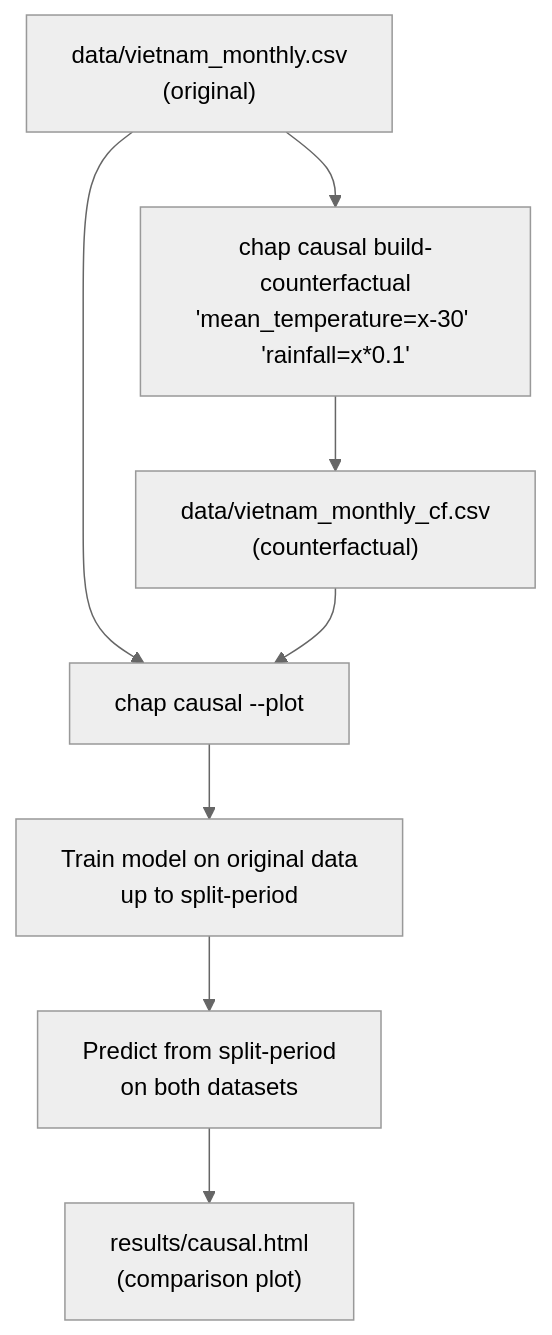
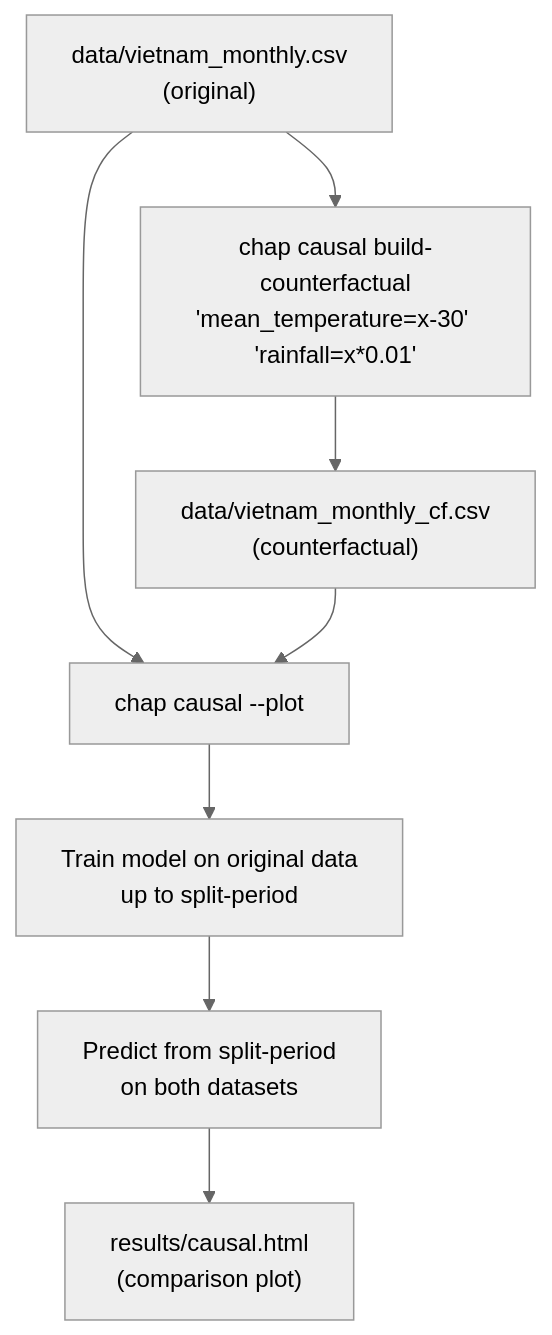
The diagram in README.md (borissim/chap_counterfactual_comparison), drawn with Mermaid (neutral theme) before and after one commit.

Commit message:
Update rainfall coefficient in flowchart

````diff
--- a/README.md
+++ b/README.md
@@ -12,11 +12,11 @@
 ```mermaid
 flowchart TD
     A["data/vietnam_monthly.csv<br/>(original)"]
-    A --> B["chap causal build-counterfactual<br/>'mean_temperature=x-30' 'rainfall=x*0.1'"]
+    A --> B["chap causal build-counterfactual<br/>'mean_temperature=x-30' 'rainfall=x*0.01'"]
     B --> C["data/vietnam_monthly_cf.csv<br/>(counterfactual)"]
     A --> D["chap causal --plot"]
     C --> D
     D --> E["Train model on original data<br/>up to split-period"]
     E --> F["Predict from split-period<br/>on both datasets"]
     F --> G["results/causal.html<br/>(comparison plot)"]
 ```
````
